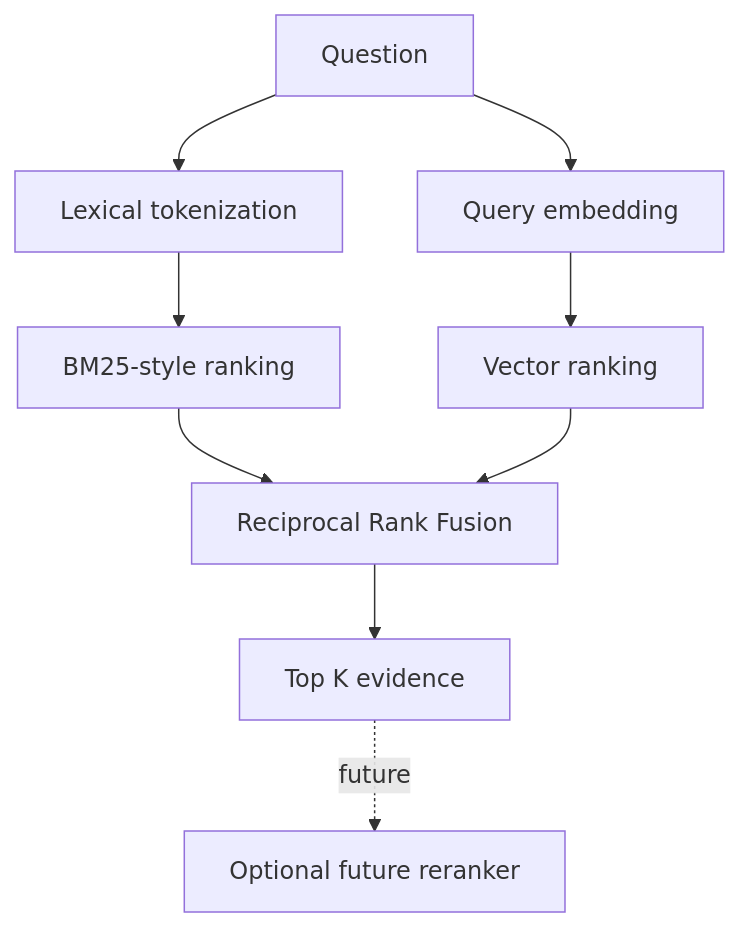
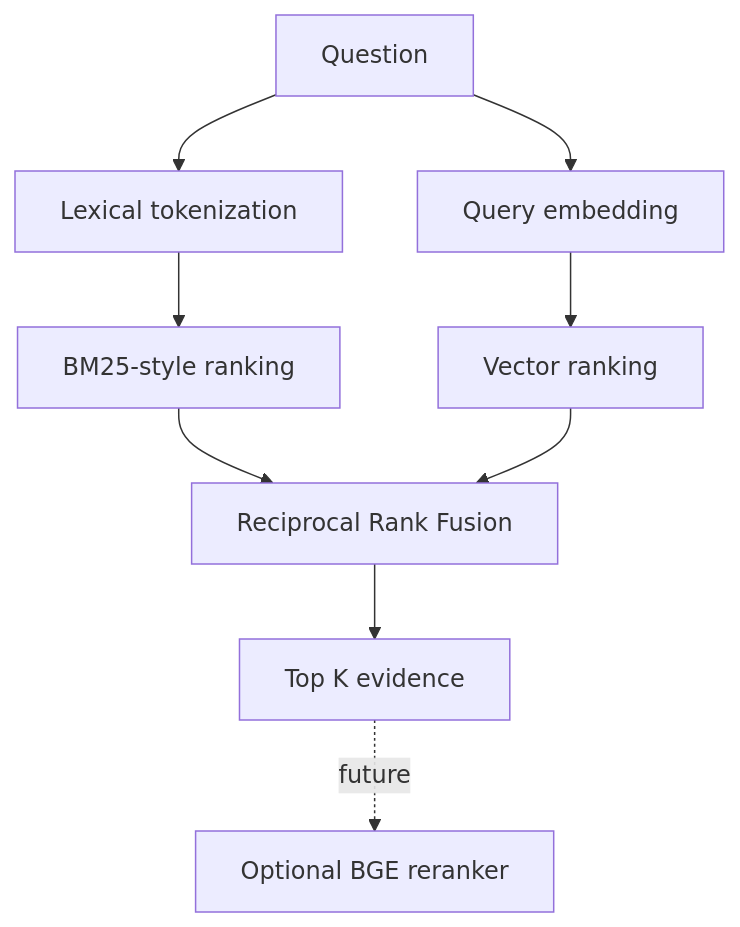
One commit to francis3253161180-maker/researchflow-agent changed the seventh of 14 diagrams in docs/knowledge-maps.md. Above: the diagram before and after it, drawn with Mermaid. The commit also changed other lines of this file and 14 other files, not shown here.

````diff
--- a/docs/knowledge-maps.md
+++ b/docs/knowledge-maps.md
@@ -141,18 +141,18 @@
 ```mermaid
 flowchart TB
     QUERY[Question]
     TOKEN[Lexical tokenization]
     QEMB[Query embedding]
     BM25[BM25-style ranking]
     VECTOR[Vector ranking]
     RRF[Reciprocal Rank Fusion]
     TOPK[Top K evidence]
-    RERANK[Optional future reranker]
+    RERANK[Optional BGE reranker]
 
     QUERY --> TOKEN --> BM25
     QUERY --> QEMB --> VECTOR
     BM25 --> RRF
     VECTOR --> RRF
     RRF --> TOPK
     TOPK -. future .-> RERANK
 ```
````
